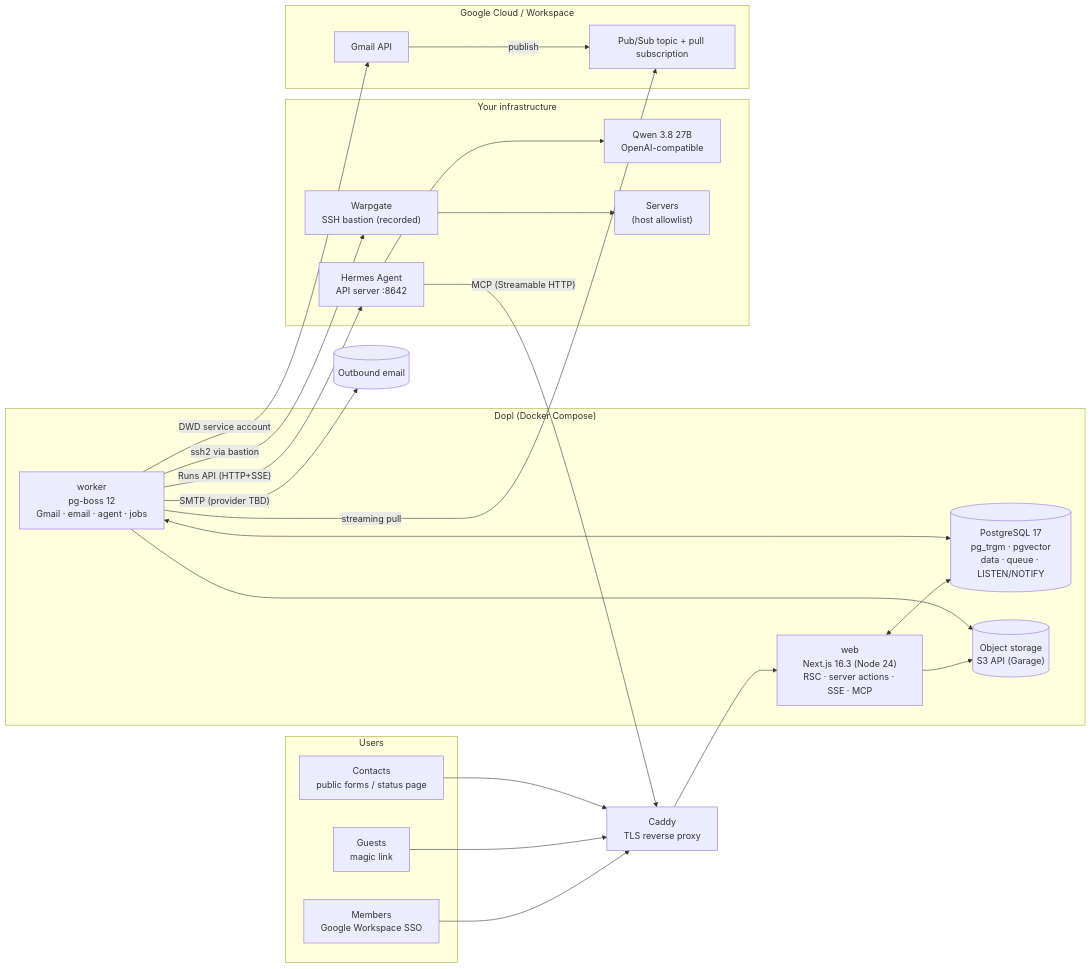
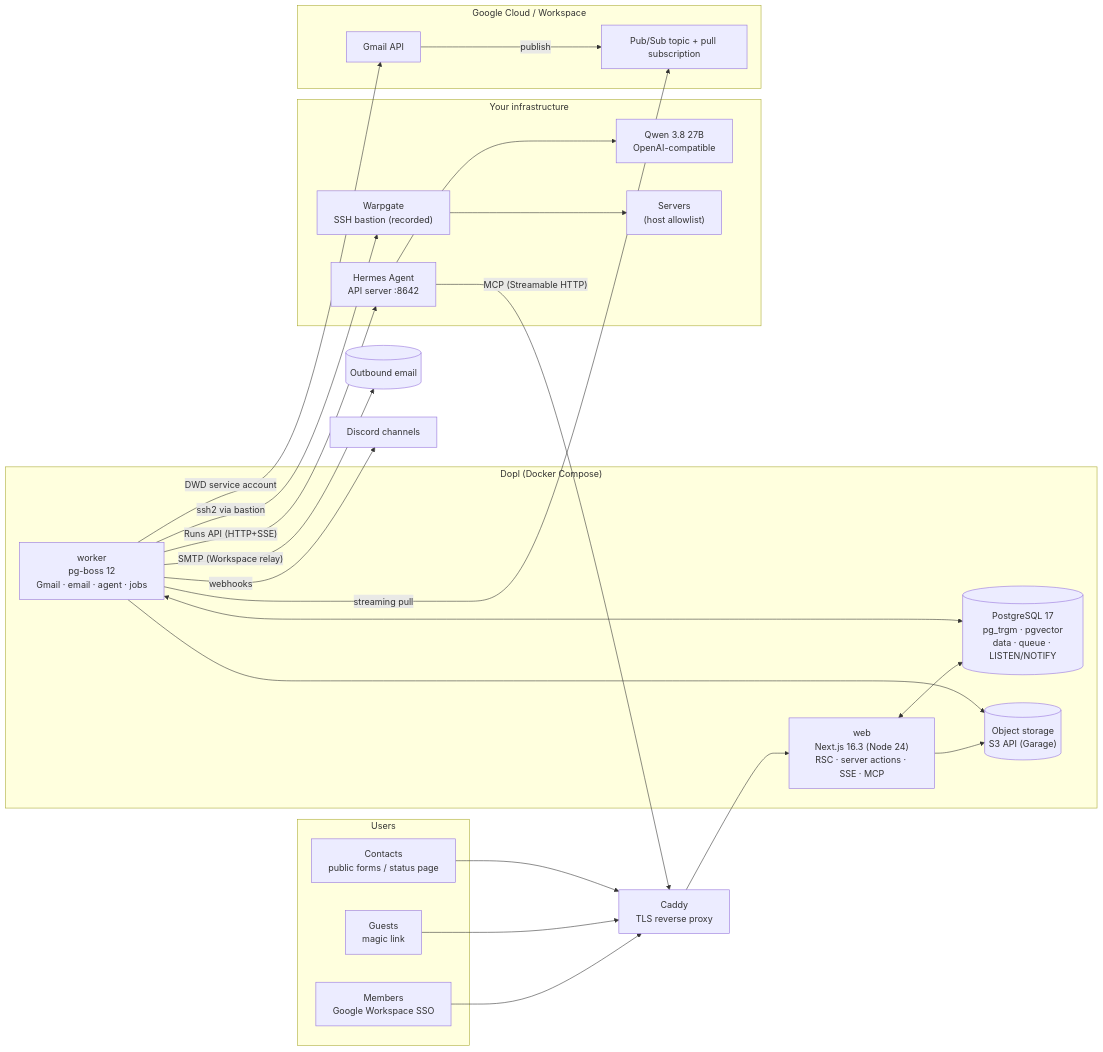
One commit to VTKLeuven/dopl changed the first of 9 diagrams in docs/ARCHITECTURE.md. Above: the diagram before and after it, drawn with Mermaid. The commit also changed other lines of this file and 8 other files, not shown here.

First line of the commit message:
Incorporate Phase 0 review: invite-only auth, SSO, Discord webhooks

````diff
--- a/docs/ARCHITECTURE.md
+++ b/docs/ARCHITECTURE.md
@@ -9,43 +9,44 @@
 ```mermaid
 flowchart LR
   subgraph Users
     M[Members<br/>Google Workspace SSO]
     G[Guests<br/>magic link]
     C[Contacts<br/>public forms / status page]
   end
 
   subgraph Dopl["Dopl (Docker Compose)"]
     W["web<br/>Next.js 16.3 (Node 24)<br/>RSC · server actions · SSE · MCP"]
     K["worker<br/>pg-boss 12<br/>Gmail · email · agent · jobs"]
     P[("PostgreSQL 17<br/>pg_trgm · pgvector<br/>data · queue · LISTEN/NOTIFY")]
     S[("Object storage<br/>S3 API (Garage)")]
   end
 
   subgraph Infra["Your infrastructure"]
     H["Hermes Agent<br/>API server :8642"]
     Q["Qwen 3.8 27B<br/>OpenAI-compatible"]
     WG["Warpgate<br/>SSH bastion (recorded)"]
     T["Servers<br/>(host allowlist)"]
   end
 
   subgraph Google["Google Cloud / Workspace"]
     GM[Gmail API]
     PS[Pub/Sub topic + pull subscription]
   end
 
   CADDY[Caddy<br/>TLS reverse proxy]
 
   M & G & C --> CADDY --> W
   W <--> P
   K <--> P
   W --> S
   K --> S
   K -- "Runs API (HTTP+SSE)" --> H
   H --> Q
   H -- "MCP (Streamable HTTP)" --> CADDY
   K -- "ssh2 via bastion" --> WG --> T
   K -- "DWD service account" --> GM
   GM -- publish --> PS
   K -- "streaming pull" --> PS
-  K -- "SMTP (provider TBD)" --> MAIL[(Outbound email)]
+  K -- "SMTP (Workspace relay)" --> MAIL[(Outbound email)]
+  K -- "webhooks" --> DC[Discord channels]
 ```
````
